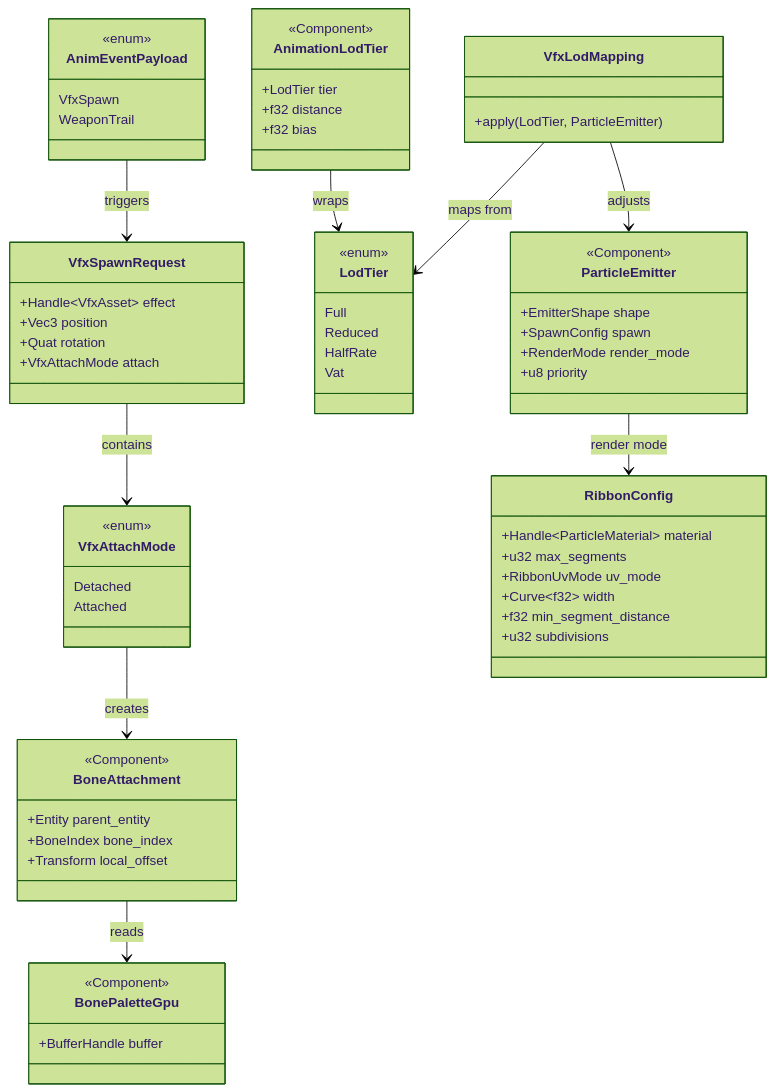
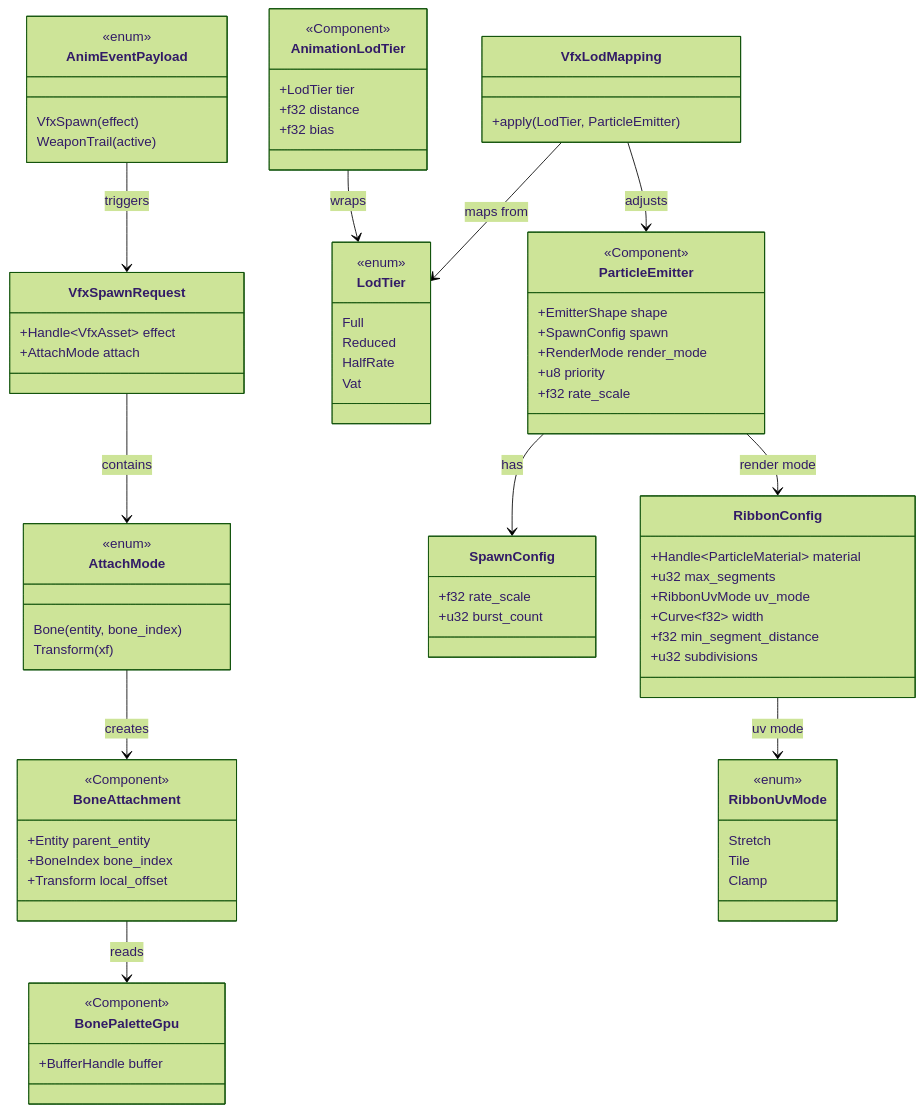
One commit to harmonius-dev/harmonius changed the first of 2 diagrams in docs/design/integration/animation-vfx.md. Above: the diagram before and after it, drawn with Mermaid (forest theme). The commit also changed other lines of this file and 109 other files, not shown here.

````diff
--- a/docs/design/integration/animation-vfx.md
+++ b/docs/design/integration/animation-vfx.md
@@ -241,69 +255,80 @@
 ```mermaid
 classDiagram
     class AnimEventPayload {
         <<enum>>
-        VfxSpawn
-        WeaponTrail
+        VfxSpawn(effect)
+        WeaponTrail(active)
     }
-    class VfxAttachMode {
+    class AttachMode {
         <<enum>>
-        Detached
-        Attached
+        Bone(entity, bone_index)
+        Transform(xf)
     }
     class VfxSpawnRequest {
         +Handle~VfxAsset~ effect
-        +Vec3 position
-        +Quat rotation
-        +VfxAttachMode attach
+        +AttachMode attach
     }
     class BoneAttachment {
         <<Component>>
         +Entity parent_entity
         +BoneIndex bone_index
         +Transform local_offset
     }
     class AnimationLodTier {
         <<Component>>
         +LodTier tier
         +f32 distance
         +f32 bias
     }
     class LodTier {
         <<enum>>
         Full
         Reduced
         HalfRate
         Vat
     }
     class VfxLodMapping {
         +apply(LodTier, ParticleEmitter)
     }
     class ParticleEmitter {
         <<Component>>
         +EmitterShape shape
         +SpawnConfig spawn
         +RenderMode render_mode
         +u8 priority
+        +f32 rate_scale
+    }
+    class SpawnConfig {
+        +f32 rate_scale
+        +u32 burst_count
+    }
+    class RibbonUvMode {
+        <<enum>>
+        Stretch
+        Tile
+        Clamp
     }
     class RibbonConfig {
         +Handle~ParticleMaterial~ material
         +u32 max_segments
         +RibbonUvMode uv_mode
         +Curve~f32~ width
         +f32 min_segment_distance
         +u32 subdivisions
     }
     class BonePaletteGpu {
         <<Component>>
         +BufferHandle buffer
     }
 
     AnimEventPayload --> VfxSpawnRequest : triggers
-    VfxSpawnRequest --> VfxAttachMode : contains
-    VfxAttachMode --> BoneAttachment : creates
+    VfxSpawnRequest --> AttachMode : contains
+    AttachMode --> BoneAttachment : creates
     BoneAttachment --> BonePaletteGpu : reads
     AnimationLodTier --> LodTier : wraps
     VfxLodMapping --> LodTier : maps from
     VfxLodMapping --> ParticleEmitter : adjusts
+    ParticleEmitter --> SpawnConfig : has
     ParticleEmitter --> RibbonConfig : render mode
+    RibbonConfig --> RibbonUvMode : uv mode
 ```
````
